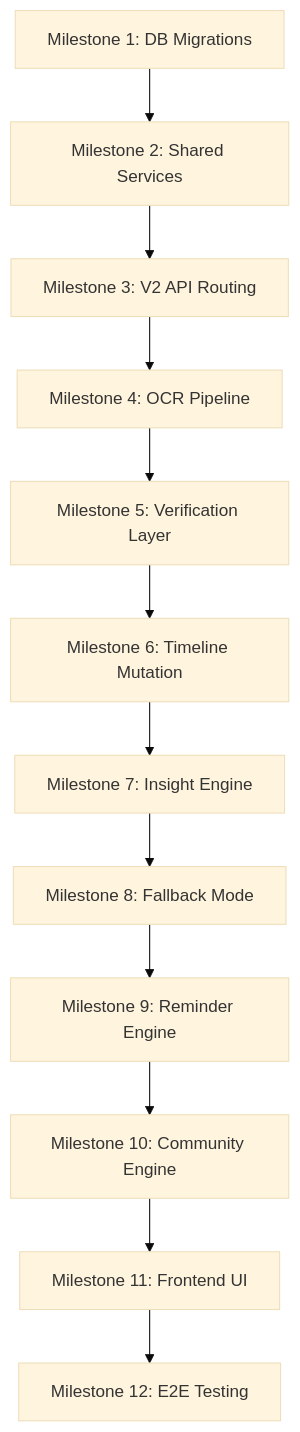
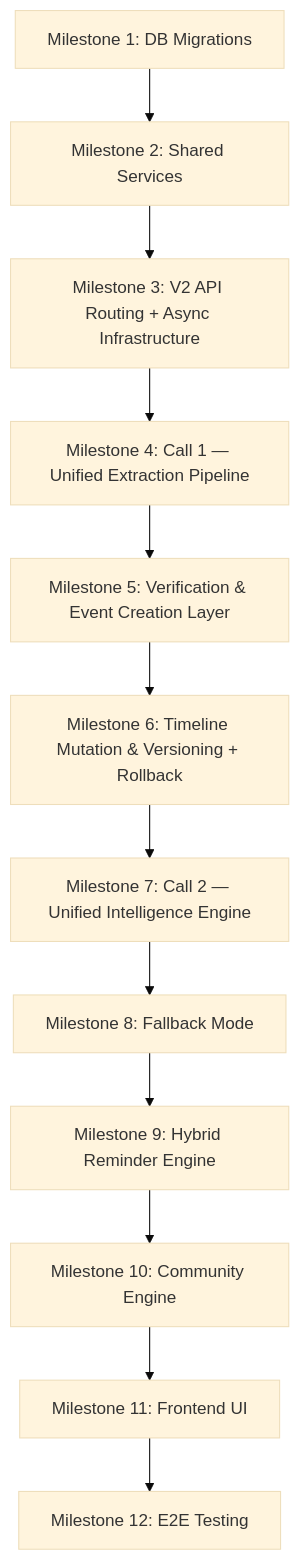
The diagram in docs/appdocs/ai_timeline.docs/build_ai_timeline.md (JannathBarveenR/blogreact), drawn with Mermaid (base theme) before and after one commit. The commit also changed other lines of this file and 2 other files, not shown here.

Commit message:
updated aitimeline docs v4

````diff
--- a/docs/appdocs/ai_timeline.docs/build_ai_timeline.md
+++ b/docs/appdocs/ai_timeline.docs/build_ai_timeline.md
@@ -26,14 +31,14 @@
 ```mermaid
 graph TD
     M1[Milestone 1: DB Migrations] --> M2[Milestone 2: Shared Services]
-    M2 --> M3[Milestone 3: V2 API Routing]
-    M3 --> M4[Milestone 4: OCR Pipeline]
-    M4 --> M5[Milestone 5: Verification Layer]
-    M5 --> M6[Milestone 6: Timeline Mutation]
-    M6 --> M7[Milestone 7: Insight Engine]
+    M2 --> M3[Milestone 3: V2 API Routing + Async Infrastructure]
+    M3 --> M4[Milestone 4: Call 1 — Unified Extraction Pipeline]
+    M4 --> M5[Milestone 5: Verification & Event Creation Layer]
+    M5 --> M6[Milestone 6: Timeline Mutation & Versioning + Rollback]
+    M6 --> M7[Milestone 7: Call 2 — Unified Intelligence Engine]
     M7 --> M8[Milestone 8: Fallback Mode]
-    M8 --> M9[Milestone 9: Reminder Engine]
+    M8 --> M9[Milestone 9: Hybrid Reminder Engine]
     M9 --> M10[Milestone 10: Community Engine]
     M10 --> M11[Milestone 11: Frontend UI]
     M11 --> M12[Milestone 12: E2E Testing]
 ```
````
